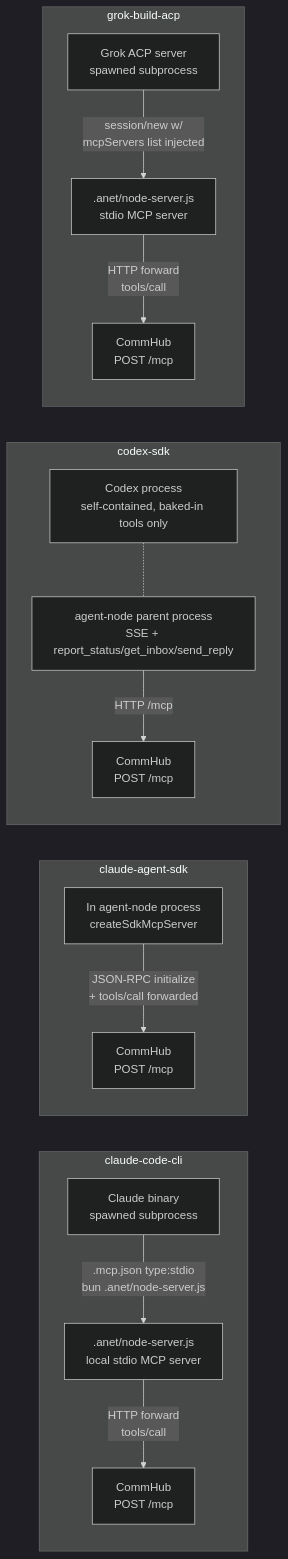
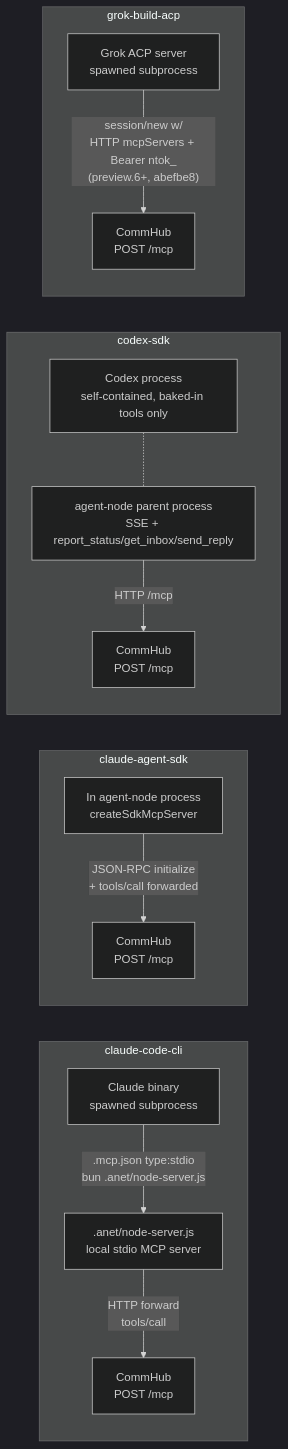
One commit to sleep2agi/agent-network changed the sixth of 8 diagrams in docs-site/docs/en/guide/architecture.md. Above: the diagram before and after it, drawn with Mermaid (dark theme). The commit also changed other lines of this file and 3 other files, not shown here.

````diff
--- a/docs-site/docs/en/guide/architecture.md
+++ b/docs-site/docs/en/guide/architecture.md
@@ -340,25 +340,24 @@
 ```mermaid
 flowchart LR
     subgraph "claude-code-cli"
         CC_BIN[Claude binary<br/>spawned subprocess]
         CC_BIN -->|".mcp.json type:stdio<br/>bun .anet/node-server.js"| LOCAL_PROXY[".anet/node-server.js<br/>local stdio MCP server"]
         LOCAL_PROXY -->|"HTTP forward<br/>tools/call"| HUB_MCP1[CommHub<br/>POST /mcp]
     end
 
     subgraph "claude-agent-sdk"
         SDK_PROC[In agent-node process<br/>createSdkMcpServer]
         SDK_PROC -->|"JSON-RPC initialize<br/>+ tools/call forwarded"| HUB_MCP2[CommHub<br/>POST /mcp]
     end
 
     subgraph "codex-sdk"
         CODEX_PROC[Codex process<br/>self-contained, baked-in tools only]
         CODEX_PROC -.- AGENT_NODE[agent-node parent process<br/>SSE + report_status/get_inbox/send_reply]
         AGENT_NODE -->|"HTTP /mcp"| HUB_MCP3[CommHub<br/>POST /mcp]
     end
 
     subgraph "grok-build-acp"
         GROK_PROC[Grok ACP server<br/>spawned subprocess]
-        GROK_PROC -->|"session/new w/<br/>mcpServers list injected"| GROK_PROXY[".anet/node-server.js<br/>stdio MCP server"]
-        GROK_PROXY -->|"HTTP forward<br/>tools/call"| HUB_MCP4[CommHub<br/>POST /mcp]
+        GROK_PROC -->|"session/new w/<br/>HTTP mcpServers + Bearer ntok_<br/>(preview.6+, abefbe8)"| HUB_MCP4[CommHub<br/>POST /mcp]
     end
 ```
````
